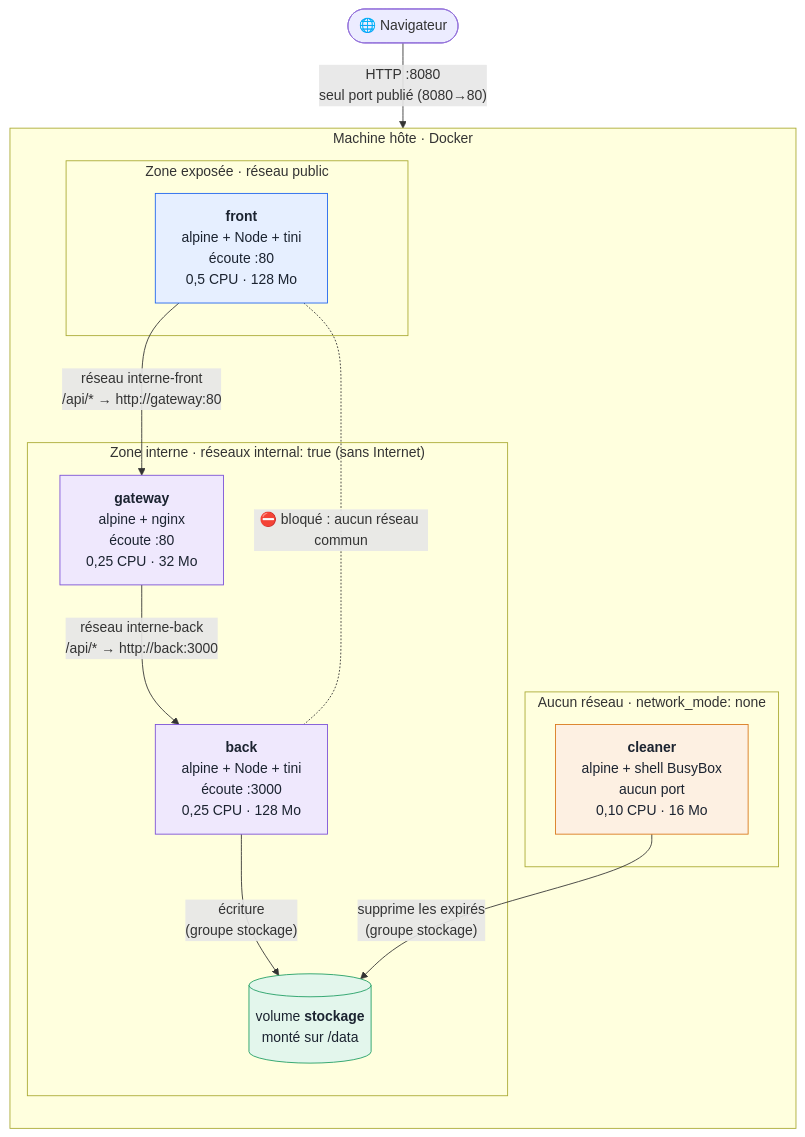
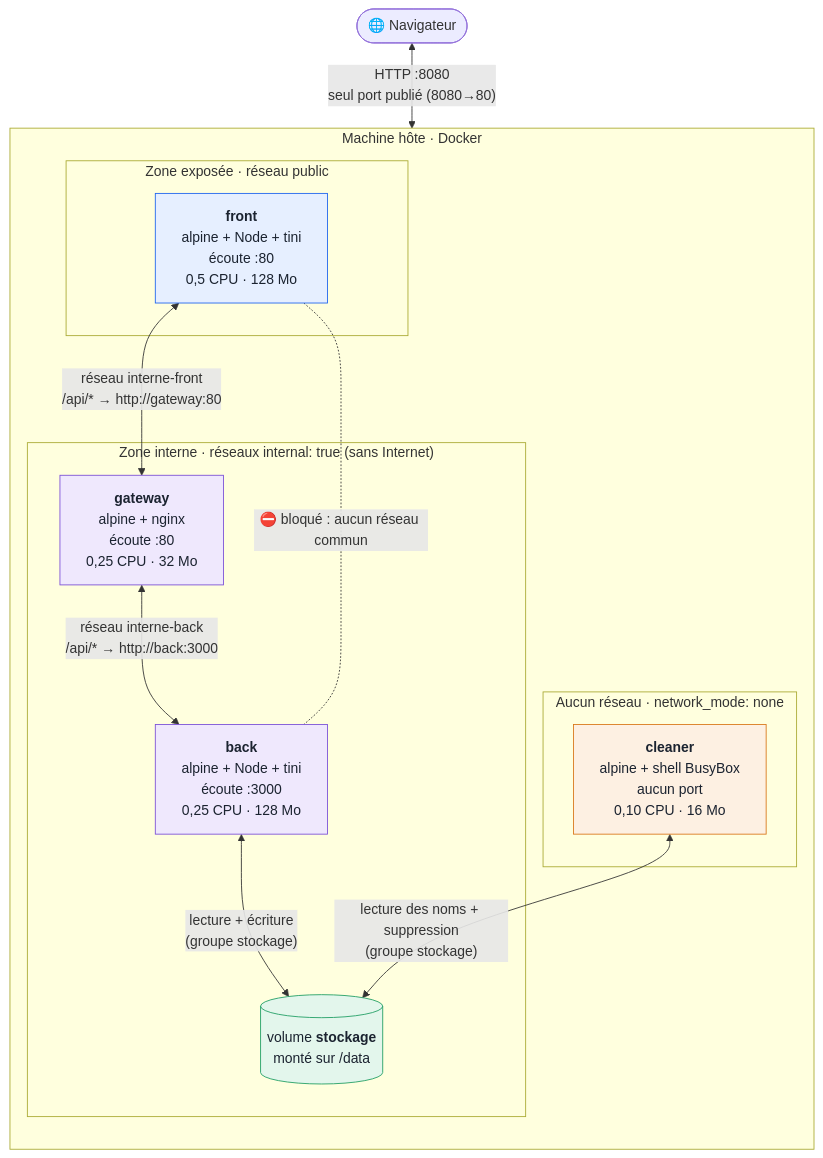
One commit to AbadieThomasPro/M2_TP_Docker changed the first of 4 diagrams in README.md. Above: the diagram before and after it, drawn with Mermaid. The commit also changed other lines of this file and 1 other file, not shown here.

Commit message:
docs: légende du schéma d'architecture et accès au volume corrigés
- légende : une flèche part du service qui ouvre la connexion (qui peut appeler qui)
- back -> volume : lecture + écriture ; cleaner -> volume : lecture des noms + suppression
- docs/architecture.png régénéré

````diff
--- a/README.md
+++ b/README.md
@@ -72,35 +72,35 @@
 ```mermaid
 flowchart TB
   nav(["🌐 Navigateur"])
 
   subgraph hote["Machine hôte · Docker"]
     direction TB
     subgraph expose["Zone exposée · réseau public"]
       front["<b>front</b><br/>alpine + Node + tini<br/>écoute :80<br/>0,5 CPU · 128 Mo"]
     end
     subgraph interne["Zone interne · réseaux internal: true (sans Internet)"]
       gateway["<b>gateway</b><br/>alpine + nginx<br/>écoute :80<br/>0,25 CPU · 32 Mo"]
       back["<b>back</b><br/>alpine + Node + tini<br/>écoute :3000<br/>0,25 CPU · 128 Mo"]
       vol[("volume <b>stockage</b><br/>monté sur /data")]
     end
     subgraph isole["Aucun réseau · network_mode: none"]
       cleaner["<b>cleaner</b><br/>alpine + shell BusyBox<br/>aucun port<br/>0,10 CPU · 16 Mo"]
     end
   end
 
-  nav -- "HTTP :8080<br/>seul port publié (8080→80)" --> front
-  front -- "réseau interne-front<br/>/api/* → http://gateway:80" --> gateway
-  gateway -- "réseau interne-back<br/>/api/* → http://back:3000" --> back
-  back -- "écriture<br/>(groupe stockage)" --> vol
-  cleaner -- "supprime les expirés<br/>(groupe stockage)" --> vol
+  nav <-- "HTTP :8080<br/>seul port publié (8080→80)" --> front
+  front <-- "réseau interne-front<br/>/api/* → http://gateway:80" --> gateway
+  gateway <-- "réseau interne-back<br/>/api/* → http://back:3000" --> back
+  back <-- "lecture + écriture<br/>(groupe stockage)" --> vol
+  cleaner <-- "lecture des noms + suppression<br/>(groupe stockage)" --> vol
   front -. "⛔ bloqué : aucun réseau commun" .- back
 
   classDef pub fill:#e6efff,stroke:#1d63ed,color:#1b2330
   classDef int fill:#efe8fd,stroke:#7a4fd6,color:#1b2330
   classDef data fill:#e3f6ec,stroke:#1f9d63,color:#1b2330
   classDef iso fill:#fdf0e2,stroke:#d9771a,color:#1b2330
   class front pub
   class gateway,back int
   class vol data
   class cleaner iso
 ```
````
